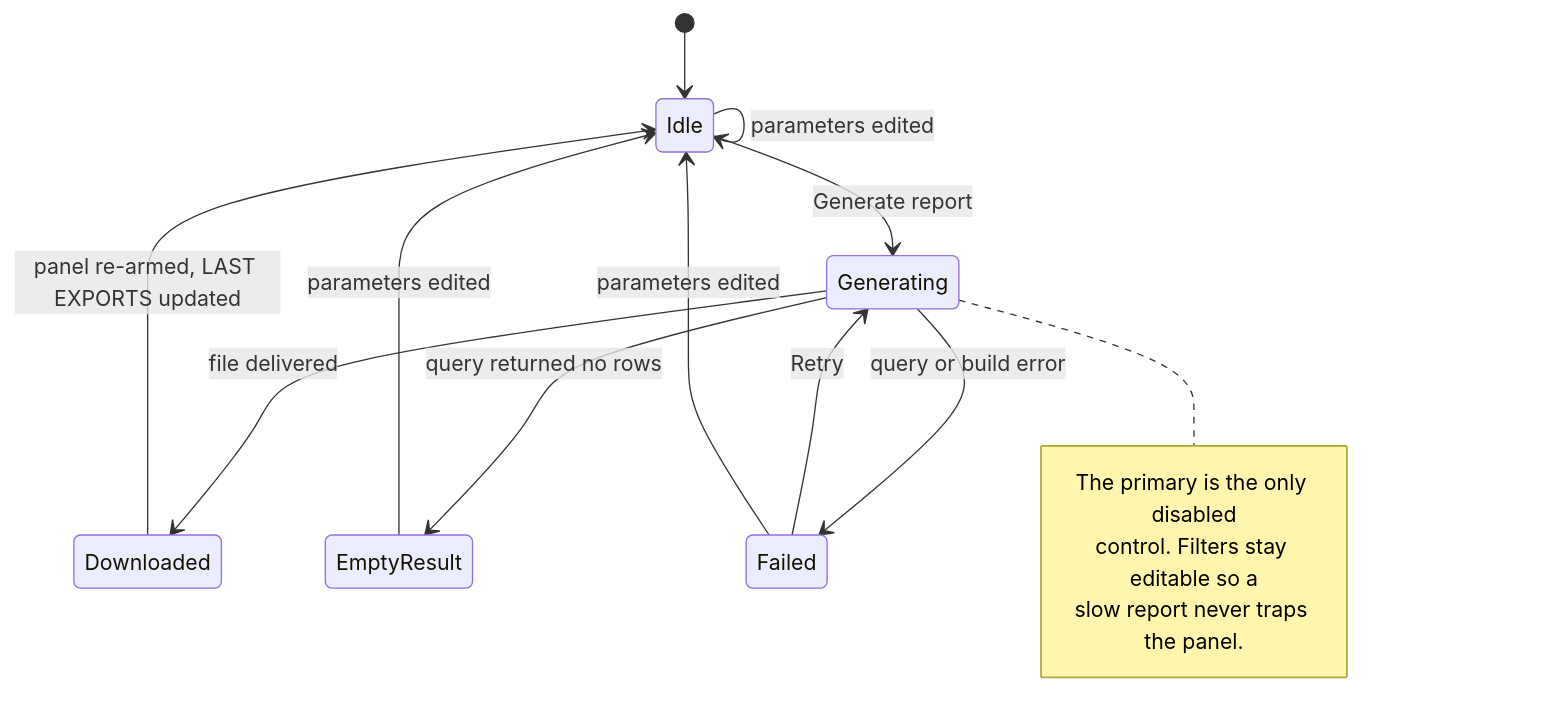
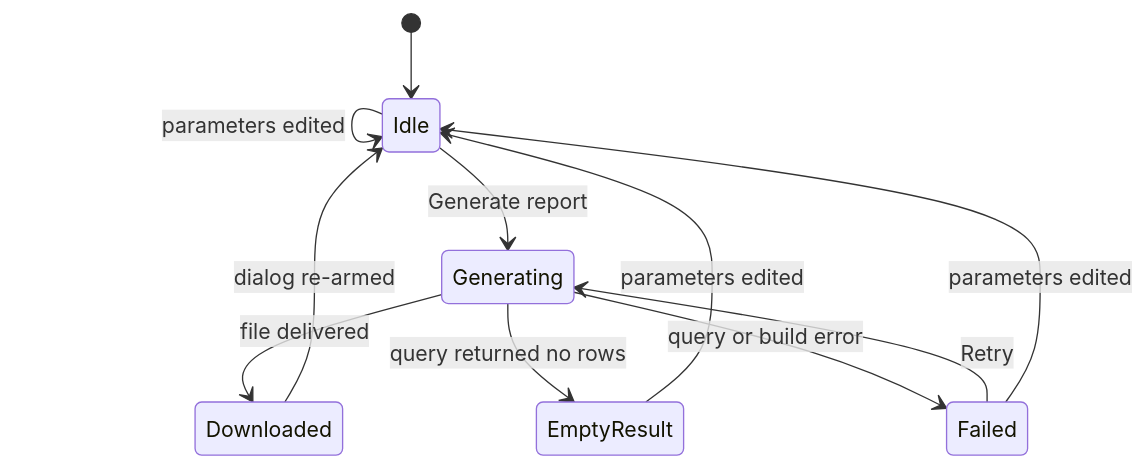
The sixth of 6 diagrams in docs/design/console-redesign/README.md (ADORSYS-GIS/converse-frontends), drawn with Mermaid before and after one commit. The commit also changed other lines of this file and 13 other files, not shown here.

````diff
--- a/docs/design/console-redesign/README.md
+++ b/docs/design/console-redesign/README.md
@@ -651,18 +599,13 @@
 ```mermaid
 stateDiagram-v2
     [*] --> Idle
     Idle --> Idle: parameters edited
     Idle --> Generating: Generate report
     Generating --> Downloaded: file delivered
     Generating --> EmptyResult: query returned no rows
     Generating --> Failed: query or build error
-    Downloaded --> Idle: panel re-armed, LAST EXPORTS updated
+    Downloaded --> Idle: dialog re-armed
     EmptyResult --> Idle: parameters edited
     Failed --> Generating: Retry
     Failed --> Idle: parameters edited
-    note right of Generating
-        The primary is the only disabled
-        control. Filters stay editable so a
-        slow report never traps the panel.
-    end note
 ```
````
